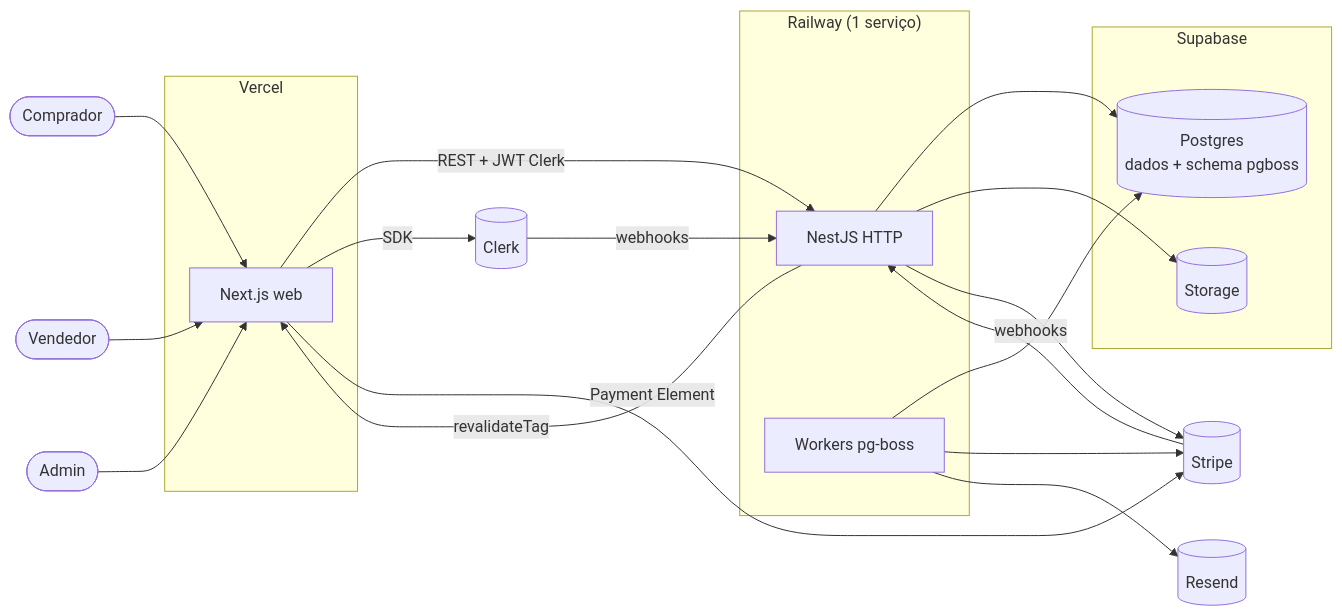
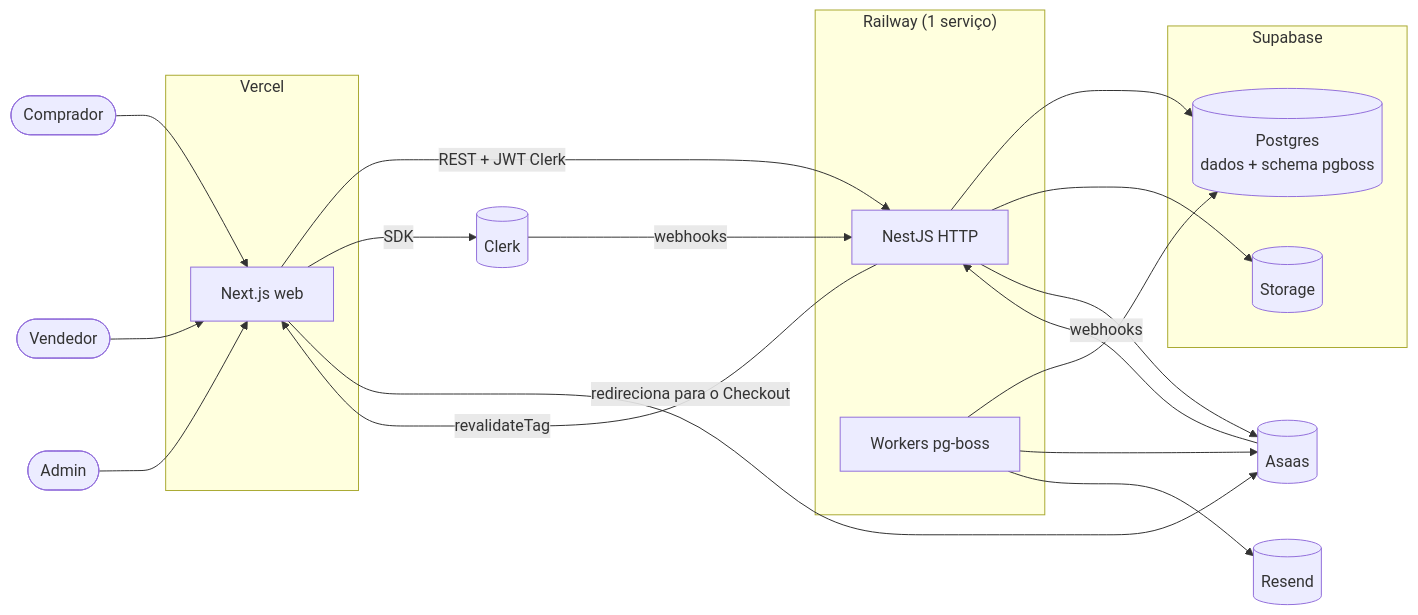
Before and after one commit to Eric-Formiga/vitrine: the first of 4 diagrams in docs/ARCHITECTURE.md, drawn with Mermaid. The commit also changed other lines of this file and 16 other files, not shown here.

First line of the commit message:
docs: troca o Stripe Connect pelo Asaas (ADR-0011) (#15)

````diff
--- a/docs/ARCHITECTURE.md
+++ b/docs/ARCHITECTURE.md
@@ -28,35 +28,35 @@
 ```mermaid
 flowchart LR
   buyer([Comprador]) --> web
   seller([Vendedor]) --> web
   admin([Admin]) --> web
 
   subgraph Vercel
     web[Next.js web]
   end
 
   subgraph Railway["Railway (1 serviço)"]
     api[NestJS HTTP]
     worker[Workers pg-boss]
   end
 
   subgraph Supabase
     db[(Postgres<br/>dados + schema pgboss)]
     storage[(Storage)]
   end
 
   web -- REST + JWT Clerk --> api
   web -- SDK --> clerk[(Clerk)]
-  web -- Payment Element --> stripe[(Stripe)]
+  web -- redireciona para o Checkout --> asaas[(Asaas)]
 
   api --> db
   api --> storage
-  api --> stripe
+  api --> asaas
   worker --> db
-  worker --> stripe
+  worker --> asaas
   worker --> resend[(Resend)]
 
-  stripe -- webhooks --> api
+  asaas -- webhooks --> api
   clerk -- webhooks --> api
   api -- revalidateTag --> web
 ```
````
